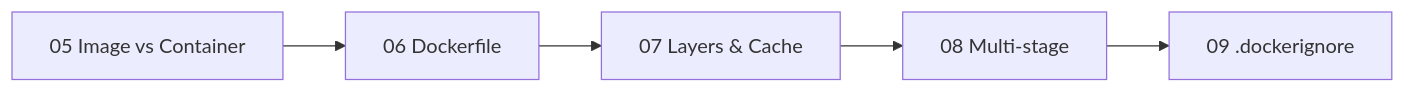
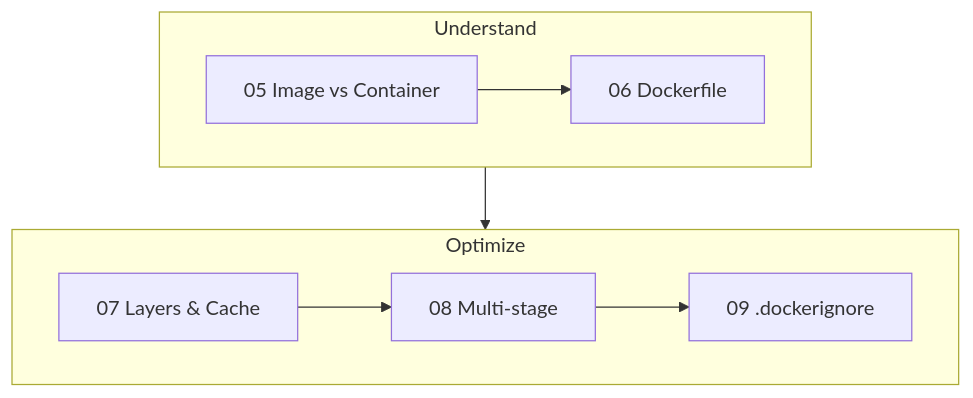
One commit to wesamkhateeb98-creator/docker-zero-to-production changed the diagram in docs/02-images/README.md. Above: the diagram before and after it, drawn with Mermaid. The commit also changed 4 other files, not shown here.

First line of the commit message:
Fix README layout: readable diagrams and collapsible doc index

````diff
--- a/docs/02-images/README.md
+++ b/docs/02-images/README.md
@@ -5,7 +5,12 @@
 ```mermaid
-flowchart LR
-    A["05 Image vs Container"] --> B["06 Dockerfile"]
-    B --> C["07 Layers & Cache"]
-    C --> D["08 Multi-stage"]
-    D --> E["09 .dockerignore"]
+flowchart TB
+    subgraph U["Understand"]
+        direction LR
+        A["05 Image vs Container"] --> B["06 Dockerfile"]
+    end
+    subgraph O["Optimize"]
+        direction LR
+        C["07 Layers & Cache"] --> D["08 Multi-stage"] --> E["09 .dockerignore"]
+    end
+    U --> O
 ```
````
